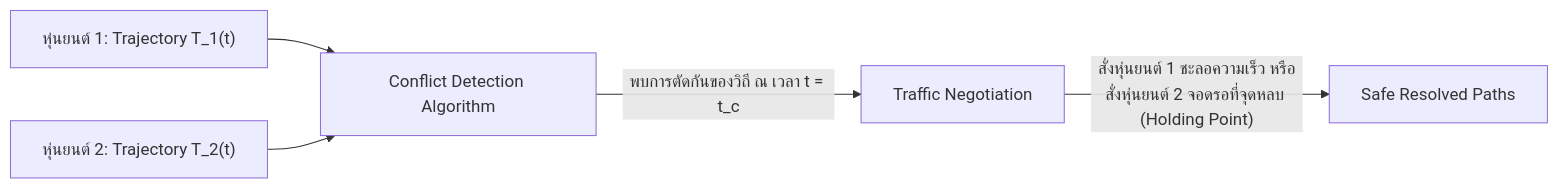
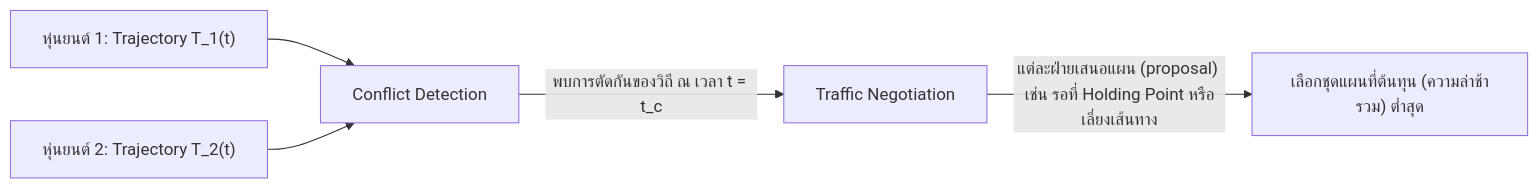
Before and after one commit to alfaXphoori/ros2: the second of 2 diagrams in Advanced_ROS/04_Multi_Robot_Fleet_OpenRMF/README.md, drawn with Mermaid. The commit also changed other lines of this file and 425 other files, not shown here.

````diff
--- a/Advanced_ROS/04_Multi_Robot_Fleet_OpenRMF/README.md
+++ b/Advanced_ROS/04_Multi_Robot_Fleet_OpenRMF/README.md
@@ -52,7 +93,7 @@
 ```mermaid
 flowchart LR
-    R1["หุ่นยนต์ 1: Trajectory T_1(t)"] --> ConflictDetector["Conflict Detection Algorithm"]
+    R1["หุ่นยนต์ 1: Trajectory T_1(t)"] --> ConflictDetector["Conflict Detection"]
     R2["หุ่นยนต์ 2: Trajectory T_2(t)"] --> ConflictDetector
     ConflictDetector -->|"พบการตัดกันของวิถี ณ เวลา t = t_c"| Negotiator["Traffic Negotiation"]
-    Negotiator -->|"สั่งหุ่นยนต์ 1 ชะลอความเร็ว หรือสั่งหุ่นยนต์ 2 จอดรอที่จุดหลบ (Holding Point)"| Resolution["Safe Resolved Paths"]
+    Negotiator -->|"แต่ละฝ่ายเสนอแผน (proposal) เช่น รอที่ Holding Point หรือเลี่ยงเส้นทาง"| Resolution["เลือกชุดแผนที่ต้นทุน (ความล่าช้ารวม) ต่ำสุด"]
 ```
````
